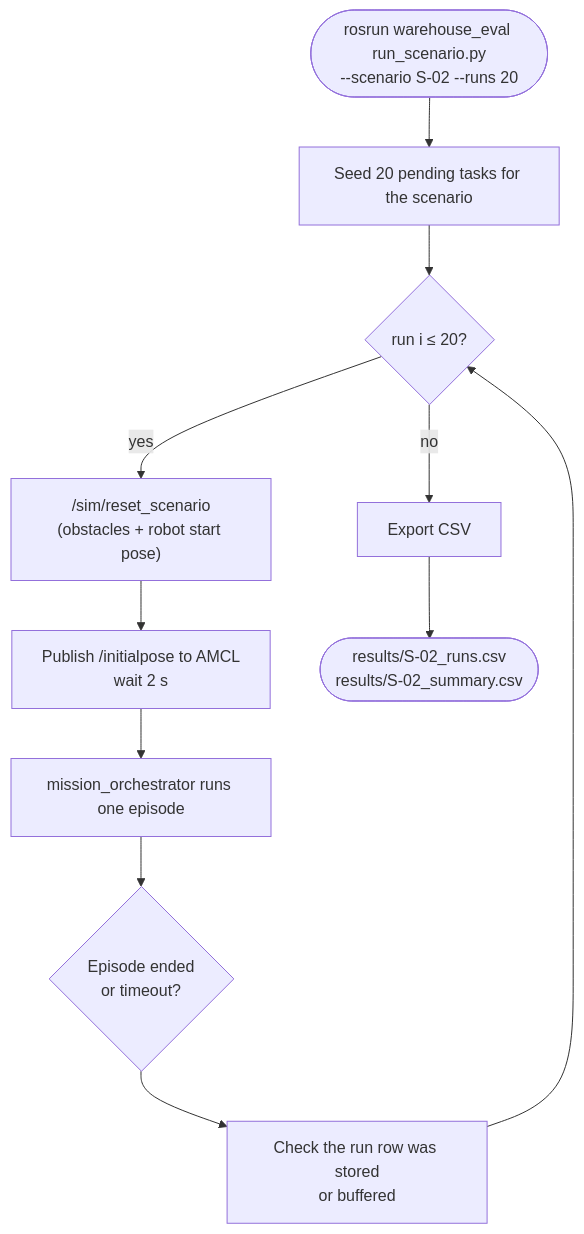
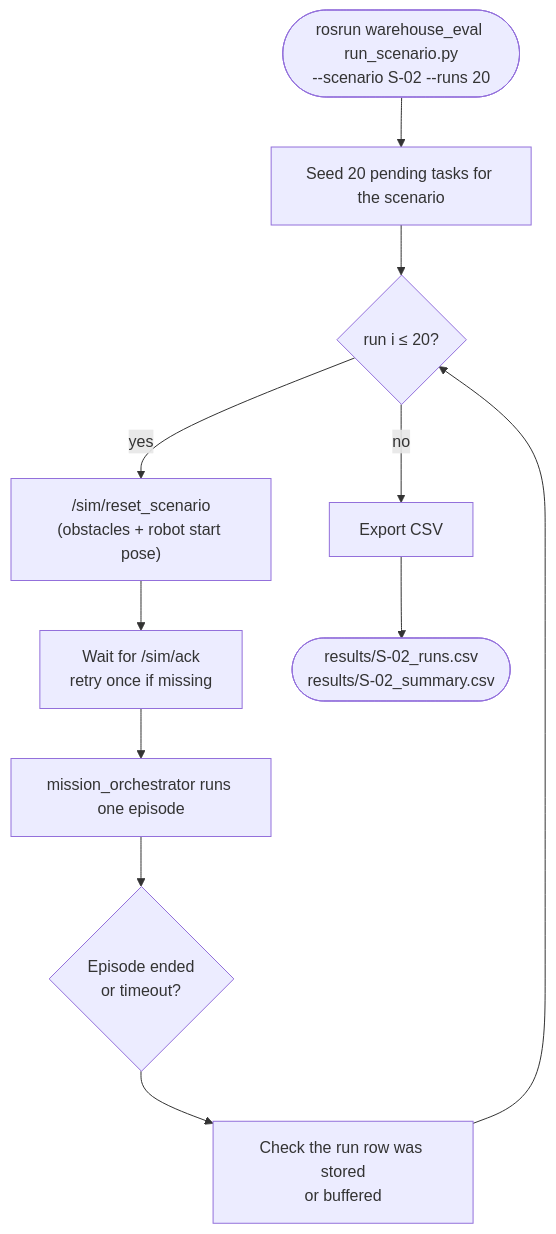
Before and after one commit to HoNguyen17/Mobile_Robo_SuppliesChain: the second of 2 diagrams in docs/test-plan.md, drawn with Mermaid. The commit also changed other lines of this file and 10 other files, not shown here.

````diff
--- a/docs/test-plan.md
+++ b/docs/test-plan.md
@@ -75,13 +77,13 @@
 ```mermaid
 flowchart TD
     A(["rosrun warehouse_eval run_scenario.py<br/>--scenario S-02 --runs 20"]) --> B[Seed 20 pending tasks for the scenario]
     B --> C{run i ≤ 20?}
     C -- yes --> D["/sim/reset_scenario<br/>(obstacles + robot start pose)"]
-    D --> E[Publish /initialpose to AMCL<br/>wait 2 s]
+    D --> E[Wait for /sim/ack<br/>retry once if missing]
     E --> F[mission_orchestrator runs one episode]
     F --> G{Episode ended<br/>or timeout?}
     G --> H[Check the run row was stored<br/>or buffered]
     H --> C
     C -- no --> I[Export CSV]
     I --> J(["results/S-02_runs.csv<br/>results/S-02_summary.csv"])
 ```
````
